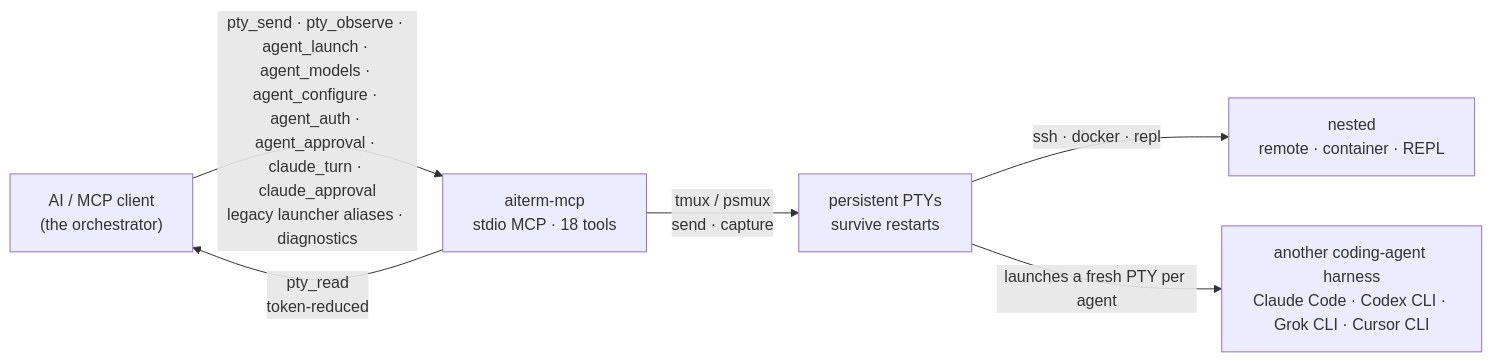
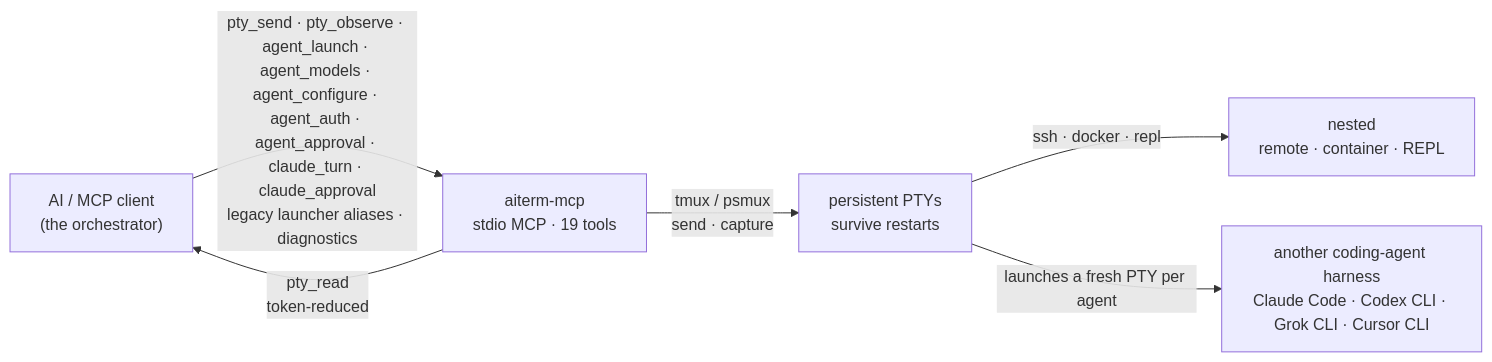
One commit to kitepon/aiterm-mcp changed the diagram in README.md. Above: the diagram before and after it, drawn with Mermaid. The commit also changed other lines of this file and 20 other files, not shown here.

````diff
--- a/README.md
+++ b/README.md
@@ -473,8 +473,8 @@
 ```mermaid
 flowchart LR
-    AI["AI / MCP client<br/>(the orchestrator)"] -->|"pty_send · pty_observe · agent_launch · agent_models · agent_configure · agent_auth · agent_approval · claude_turn · claude_approval<br/>legacy launcher aliases · diagnostics"| S["aiterm-mcp<br/>stdio MCP · 18 tools"]
+    AI["AI / MCP client<br/>(the orchestrator)"] -->|"pty_send · pty_observe · agent_launch · agent_models · agent_configure · agent_auth · agent_approval · claude_turn · claude_approval<br/>legacy launcher aliases · diagnostics"| S["aiterm-mcp<br/>stdio MCP · 19 tools"]
     S -->|"pty_read<br/>token-reduced"| AI
     S -->|"tmux / psmux<br/>send · capture"| P["persistent PTYs<br/>survive restarts"]
     P -->|"ssh · docker · repl"| R["nested<br/>remote · container · REPL"]
     P -->|"launches a fresh PTY per agent"| A["another coding-agent harness<br/>Claude Code · Codex CLI · Grok CLI · Cursor CLI"]
 ```
````
